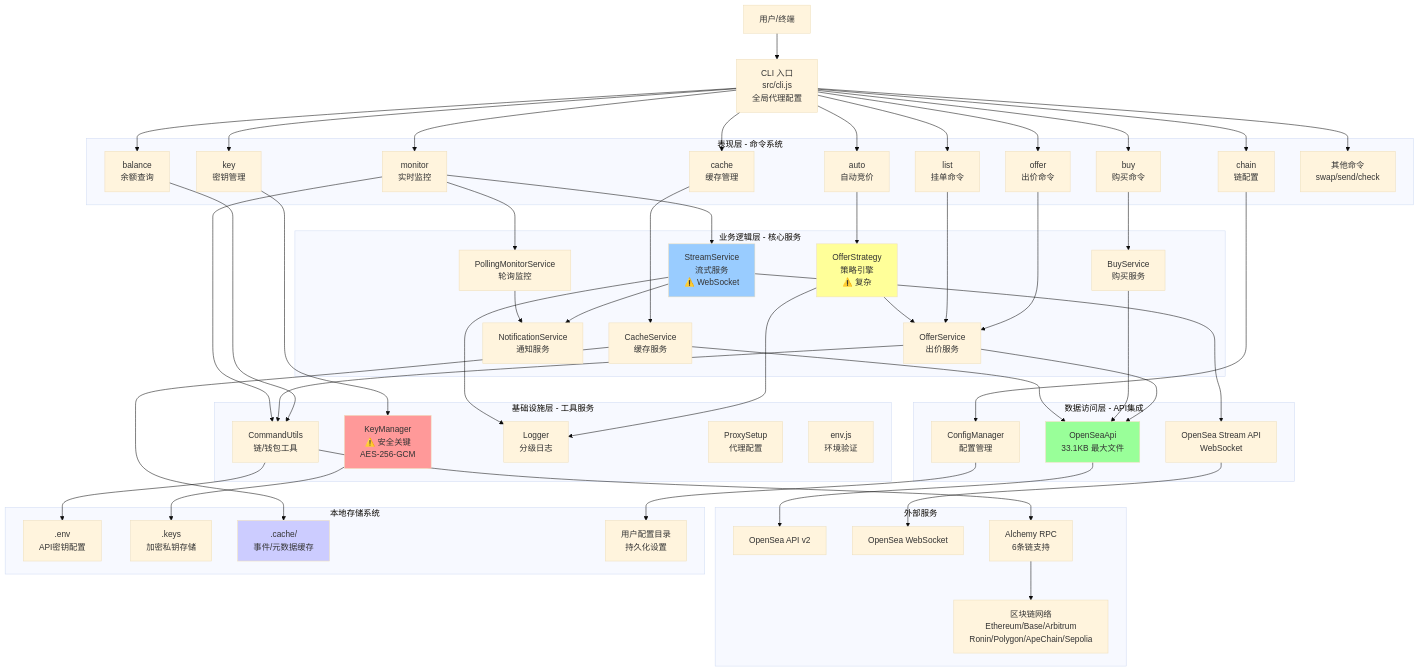
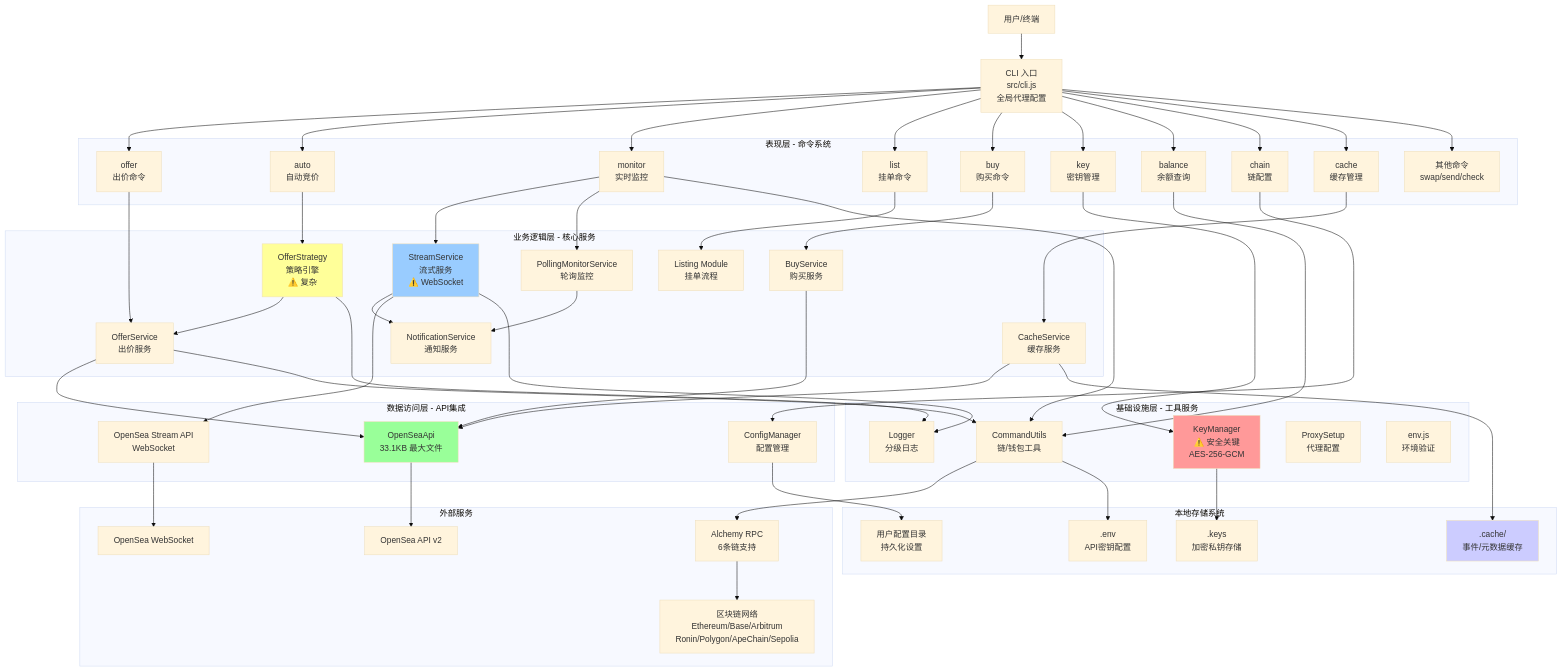
One commit to terryso/opensea-offer-maker changed the diagram in docs/architecture/high-level-architecture.md. Above: the diagram before and after it, drawn with Mermaid (base theme). The commit also changed other lines of this file and 3 other files, not shown here.

```diff
--- a/docs/architecture/high-level-architecture.md
+++ b/docs/architecture/high-level-architecture.md
@@ -64,6 +64,7 @@
     end
 
     subgraph "业务逻辑层 - 核心服务"
+        ListingModule[Listing Module<br/>挂单流程]
         OfferSvc[OfferService<br/>出价服务]
         StrategySvc[OfferStrategy<br/>策略引擎<br/>⚠️ 复杂]
         StreamSvc[StreamService<br/>流式服务<br/>⚠️ WebSocket]
@@ -119,7 +120,7 @@
     AutoCmd --> StrategySvc
     MonitorCmd --> StreamSvc
     MonitorCmd --> PollingSvc
-    ListCmd --> OfferSvc
+    ListCmd --> ListingModule
     BuyCmd --> BuySvc
     KeyCmd --> KeyMgr
     BalanceCmd --> CmdUtils
```
